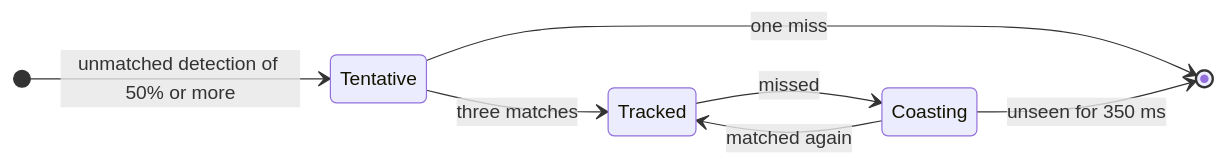
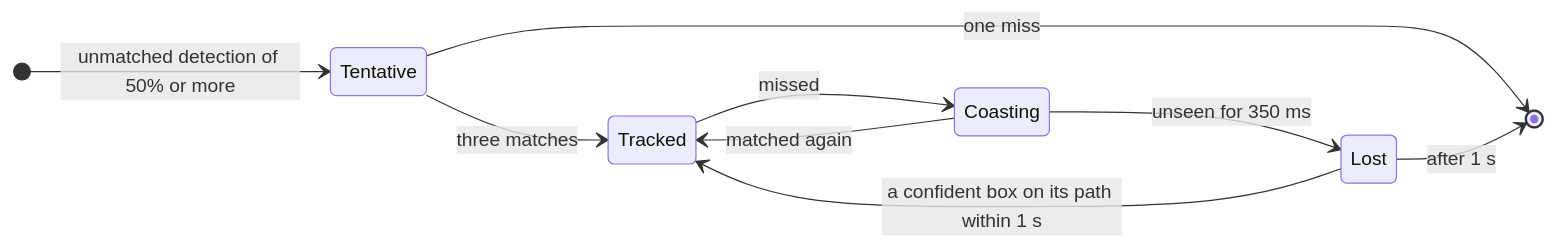
One commit to 1337Xcode/AimBuddy changed the eighth of 12 diagrams in README.md. Above: the diagram before and after it, drawn with Mermaid. The commit also changed other lines of this file, not shown here.

Commit message:
docs(readme): explain how targets are followed behind cover

````diff
--- a/README.md
+++ b/README.md
@@ -354,10 +354,12 @@
 ```mermaid
 stateDiagram-v2
     direction LR
     [*] --> Tentative: unmatched detection of 50% or more
     Tentative --> Tracked: three matches
     Tentative --> [*]: one miss
     Tracked --> Coasting: missed
     Coasting --> Tracked: matched again
-    Coasting --> [*]: unseen for 350 ms
+    Coasting --> Lost: unseen for 350 ms
+    Lost --> Tracked: a confident box on its path within 1 s
+    Lost --> [*]: after 1 s
 ```
````
